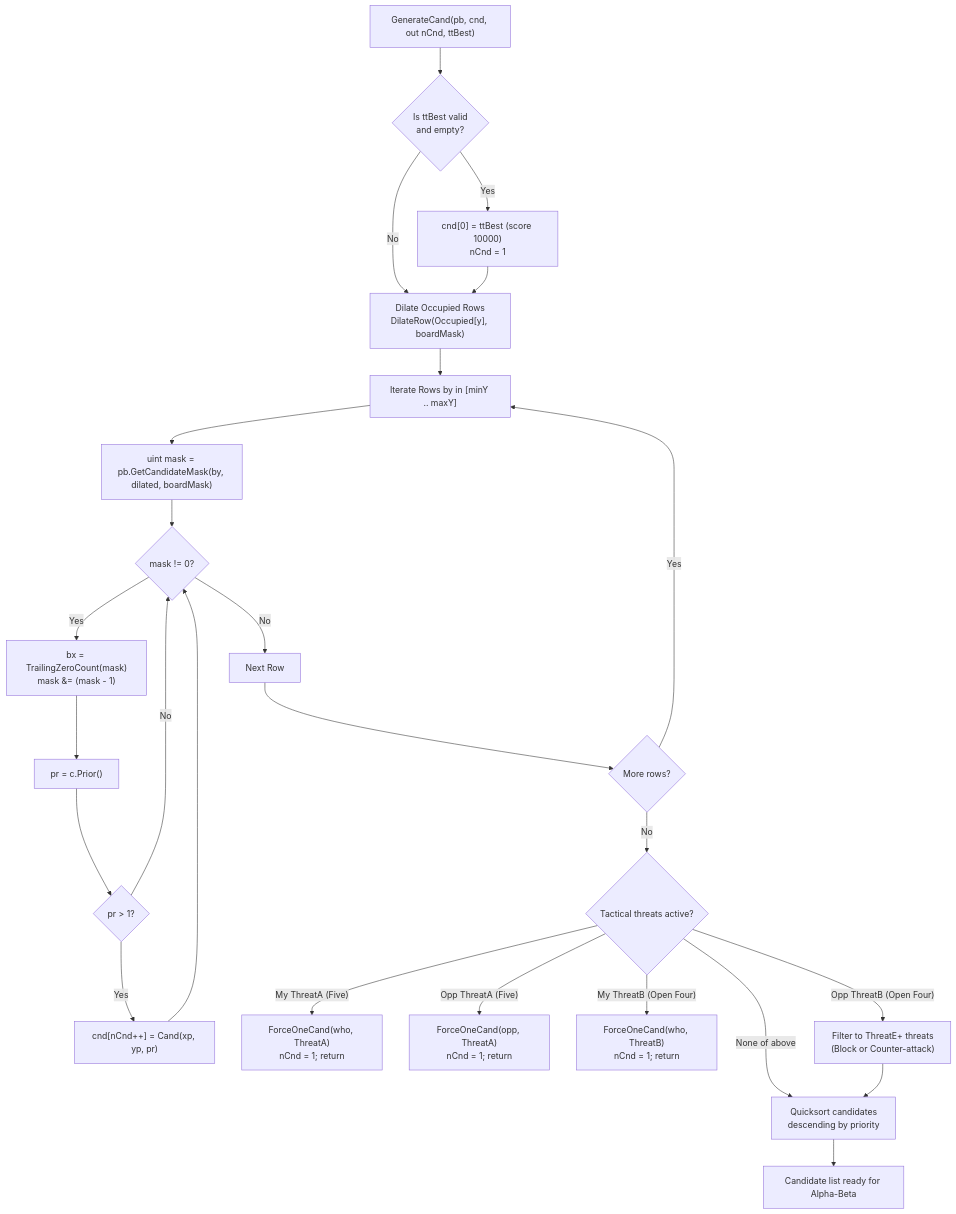
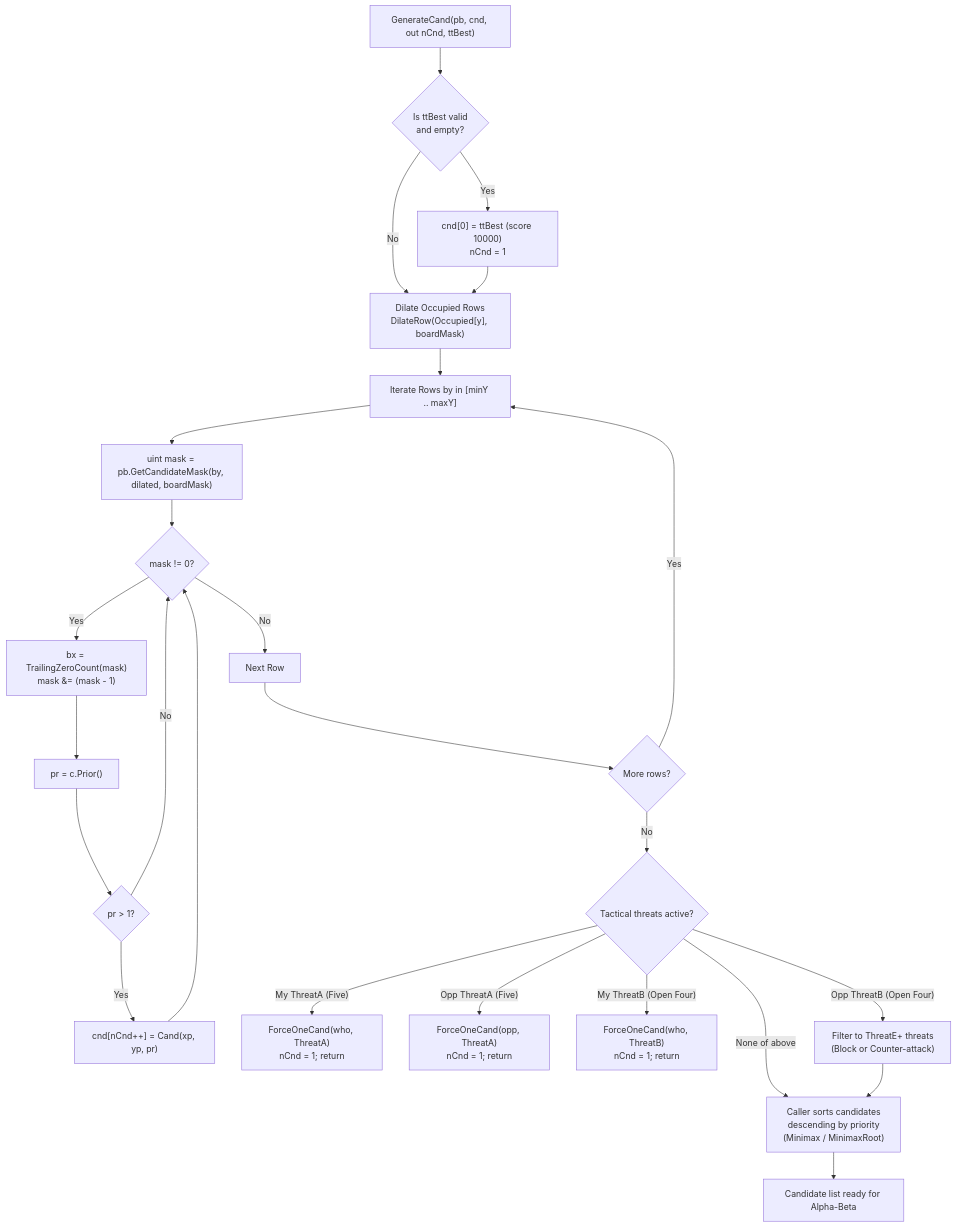
Before and after one commit to cjp-dev/Gomoku: the diagram in docs/brain/06-move-generation-and-ordering.md, drawn with Mermaid. The commit also changed other lines of this file and 26 other files, not shown here.

````diff
--- a/docs/brain/06-move-generation-and-ordering.md
+++ b/docs/brain/06-move-generation-and-ordering.md
@@ -21,29 +21,29 @@
 ```mermaid
 flowchart TD
     Start["GenerateCand(pb, cnd, out nCnd, ttBest)"] --> TT{"Is ttBest valid<br/>and empty?"}
     TT -- "Yes" --> InsertTT["cnd[0] = ttBest (score 10000)<br/>nCnd = 1"]
     TT -- "No" --> Dilate["Dilate Occupied Rows<br/>DilateRow(Occupied[y], boardMask)"]
     InsertTT --> Dilate
 
     Dilate --> RowLoop["Iterate Rows by in [minY .. maxY]"]
     RowLoop --> Mask["uint mask = pb.GetCandidateMask(by, dilated, boardMask)"]
     Mask --> MaskCheck{"mask != 0?"}
     MaskCheck -- "Yes" --> ExtractX["bx = TrailingZeroCount(mask)<br/>mask &amp;= (mask - 1)"]
     ExtractX --> CalcPrior["pr = c.Prior()"]
     CalcPrior --> PrFilter{"pr &gt; 1?"}
     PrFilter -- "Yes" --> AddCand["cnd[nCnd++] = Cand(xp, yp, pr)"]
     PrFilter -- "No" --> MaskCheck
     AddCand --> MaskCheck
     MaskCheck -- "No" --> NextRow["Next Row"]
     NextRow --> MoreRows{"More rows?"}
     MoreRows -- "Yes" --> RowLoop
     MoreRows -- "No" --> ThreatCheck{"Tactical threats active?"}
 
     ThreatCheck -- "My ThreatA (Five)" --> ForceMy5["ForceOneCand(who, ThreatA)<br/>nCnd = 1; return"]
     ThreatCheck -- "Opp ThreatA (Five)" --> ForceOpp5["ForceOneCand(opp, ThreatA)<br/>nCnd = 1; return"]
     ThreatCheck -- "My ThreatB (Open Four)" --> ForceMy4["ForceOneCand(who, ThreatB)<br/>nCnd = 1; return"]
     ThreatCheck -- "Opp ThreatB (Open Four)" --> Restrict4["Filter to ThreatE+ threats<br/>(Block or Counter-attack)"]
-    ThreatCheck -- "None of above" --> Sort["Quicksort candidates<br/>descending by priority"]
+    ThreatCheck -- "None of above" --> Sort["Caller sorts candidates<br/>descending by priority<br/>(Minimax / MinimaxRoot)"]
     Restrict4 --> Sort
     Sort --> Done["Candidate list ready for Alpha-Beta"]
 ```
````
